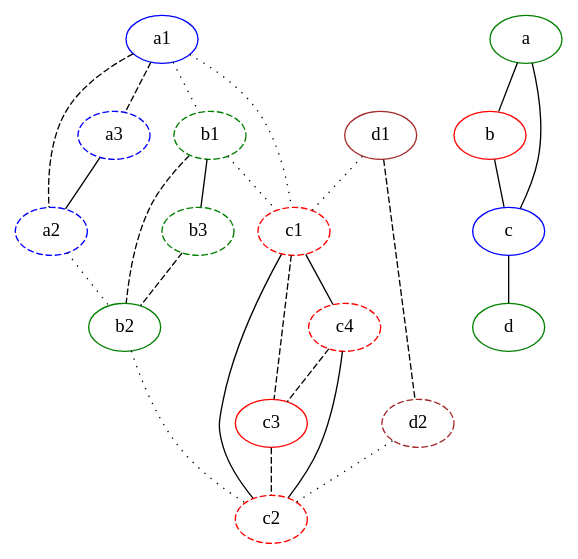
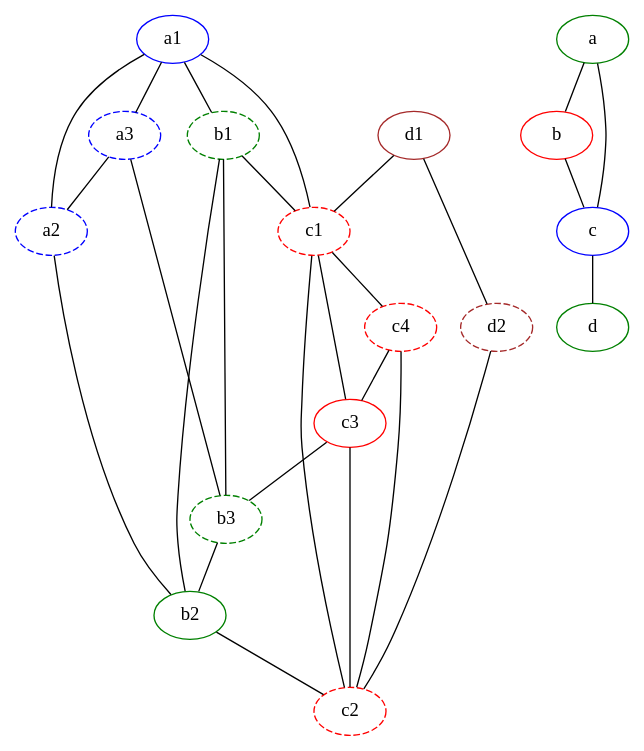
One commit to massimo-nocentini/sistemi-distribuiti-reti-calcolatori changed the diagram in MIS-coloring-reduction-with-colors.dot. Above: the diagram before and after it, drawn with Graphviz. The commit also changed 2 other files, not shown here.

```diff
--- a/MIS-coloring-reduction-with-colors.dot
+++ b/MIS-coloring-reduction-with-colors.dot
@@ -1,51 +1,53 @@
 graph G {
 
     a1 [color="blue"];
     a2 [color="blue", style="dashed"];
     a3 [color="blue", style="dashed"];
     
     b1 [color="green", style="dashed"];
     b2 [color="green"];
     b3 [color="green", style="dashed"];
 
     c1 [color="red", style="dashed"];
     c2 [color="red", style="dashed"];
     c3 [color="red"];
     c4 [color="red", style="dashed"];
 
     d1 [color="brown"];
     d2 [color="brown", style="dashed"];
 
     a3--a2;
-    a1--a2 [style="dashed"];
-    a1--a3 [style="dashed"];
-    b3--b2 [style="dashed"];
-    b1--b2 [style="dashed"];
+    a1--a2;
+    a1--a3;
+    b3--b2;
+    b1--b2;
     b1--b3;     
-    c3--c2 [style="dashed"];
+    c3--c2;
     c1--c2;
-    c1--c3 [style="dashed"];
+    c1--c3;
     c1--c4;
     c4--c2;
-    c4--c3 [style="dashed"];
-    d1--d2 [style="dashed"];
-    a2--b2 [style="dotted"];
-    a1--b1 [style="dotted"];
-    a1--c1 [style="dotted"];
-    b1--c1 [style="dotted"];
-    b2--c2 [style="dotted"];
-    d1--c1 [style="dotted"];
-    d2--c2 [style="dotted"];
+    c4--c3;
+    d1--d2;
+    a2--b2;
+    a1--b1;
+    a1--c1;
+    b1--c1;
+    b2--c2;
+    d1--c1;
+    d2--c2;
+    a3--b3;
+    c3--b3;
 
     a [color="green"];
     b [color="red"];
     c [color="blue"];
     d [color="green"];
 
     a--b;
     a--c;
     b--c;
     c--d;
 
      
 }
```
